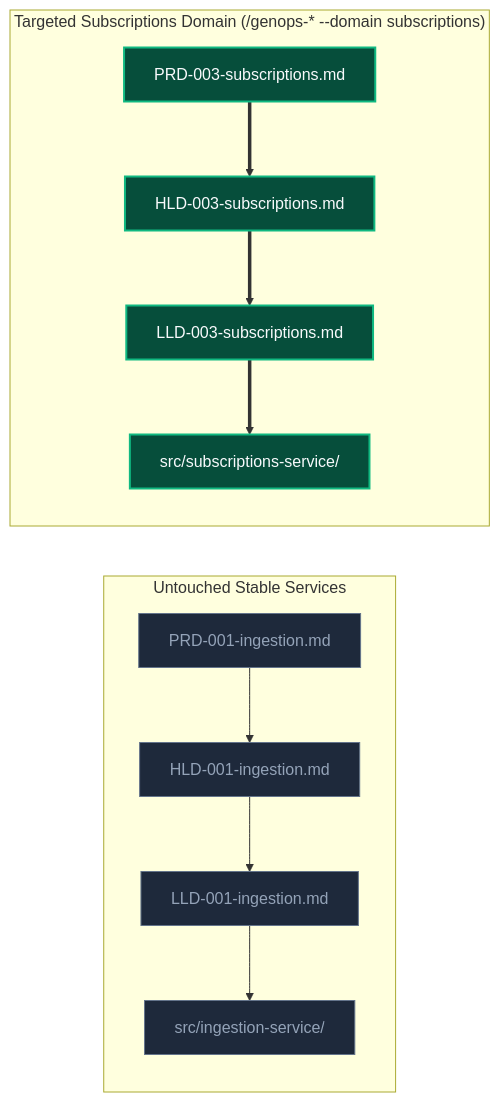
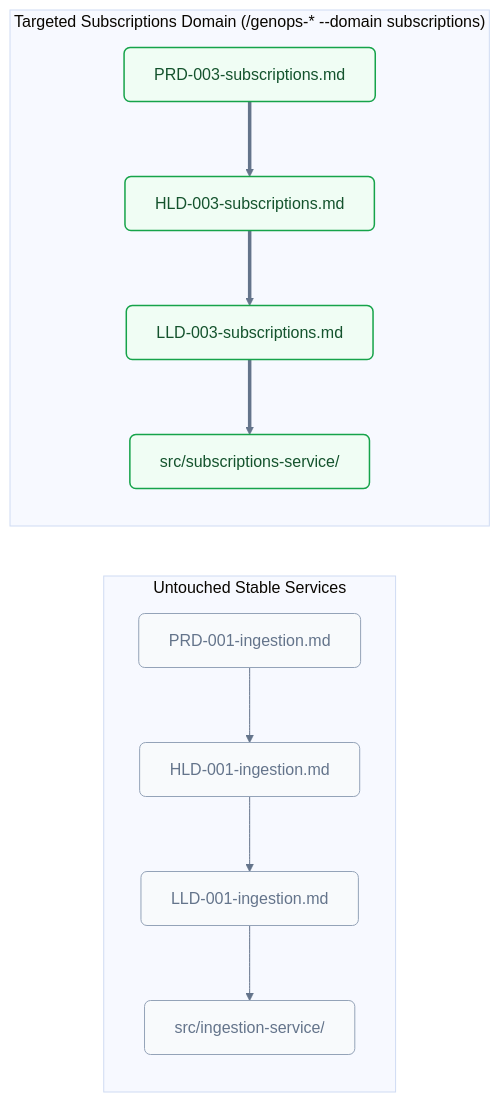
Before and after one commit to seismael/GenOps: the fourth of 8 diagrams in docs/guides/USE_CASES_AND_WORKFLOWS.md, drawn with Mermaid. The commit also changed other lines of this file and 2 other files, not shown here.

Commit message:
docs: establish ContextOps architecture with RFC-001 and documentation for usage workflows and project overview.

````diff
--- a/docs/guides/USE_CASES_AND_WORKFLOWS.md
+++ b/docs/guides/USE_CASES_AND_WORKFLOWS.md
@@ -100,23 +109,24 @@
 ```mermaid
+%%{init: {'theme': 'base', 'themeVariables': { 'fontFamily': 'Inter, system-ui, sans-serif', 'lineColor': '#64748b', 'primaryTextColor': '#0f172a' }}}%%
 flowchart LR
     subgraph Stable ["Untouched Stable Services"]
         P1["PRD-001-ingestion.md"]
         H1["HLD-001-ingestion.md"]
         L1["LLD-001-ingestion.md"]
         S1["src/ingestion-service/"]
         P1 --> H1 --> L1 --> S1
     end
 
     subgraph New ["Targeted Subscriptions Domain (/genops-* --domain subscriptions)"]
         P2["PRD-003-subscriptions.md"]
         H2["HLD-003-subscriptions.md"]
         L2["LLD-003-subscriptions.md"]
         S2["src/subscriptions-service/"]
         P2 ==> H2 ==> L2 ==> S2
     end
 
-    classDef stableStyle fill:#1e293b,stroke:#64748b,stroke-width:1px,color:#94a3b8;
-    classDef newStyle fill:#064e3b,stroke:#10b981,stroke-width:2px,color:#f8fafc;
+    classDef stableStyle fill:#f8fafc,stroke:#94a3b8,stroke-width:1px,color:#64748b,rx:6px,ry:6px;
+    classDef newStyle fill:#f0fdf4,stroke:#16a34a,stroke-width:1.5px,color:#14532d,rx:6px,ry:6px;
     class P1,H1,L1,S1 stableStyle;
     class P2,H2,L2,S2 newStyle;
 ```
````
